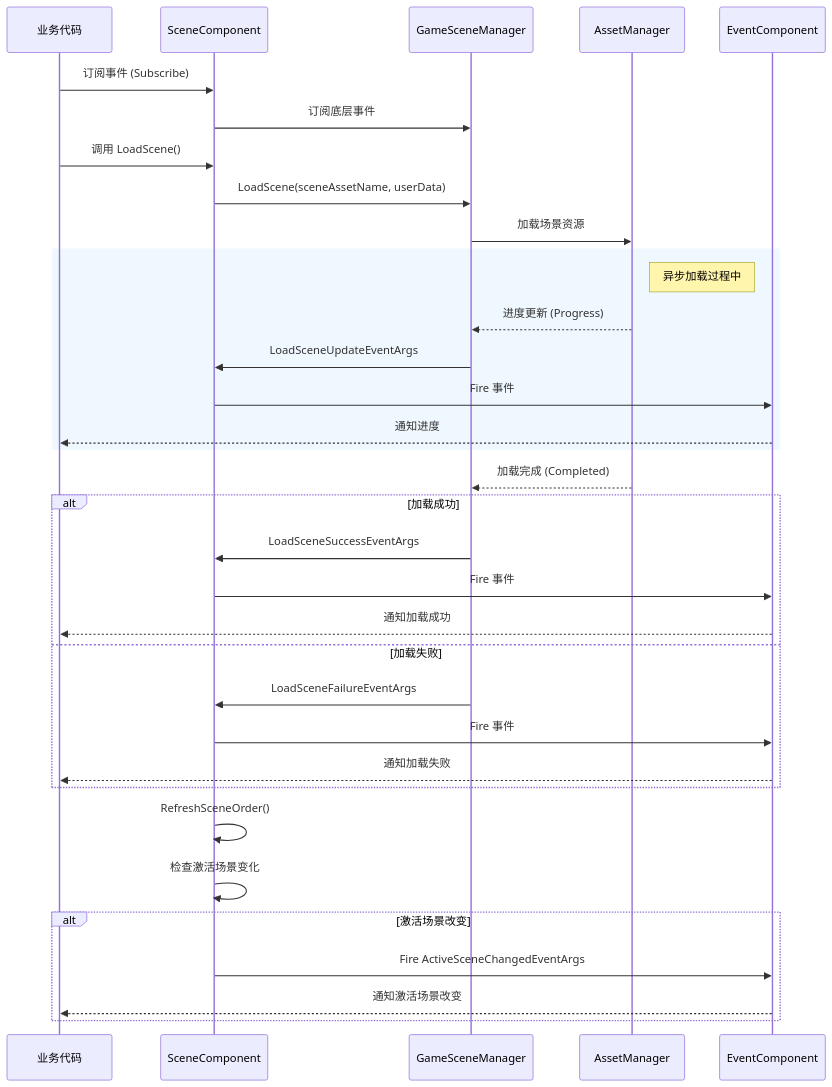
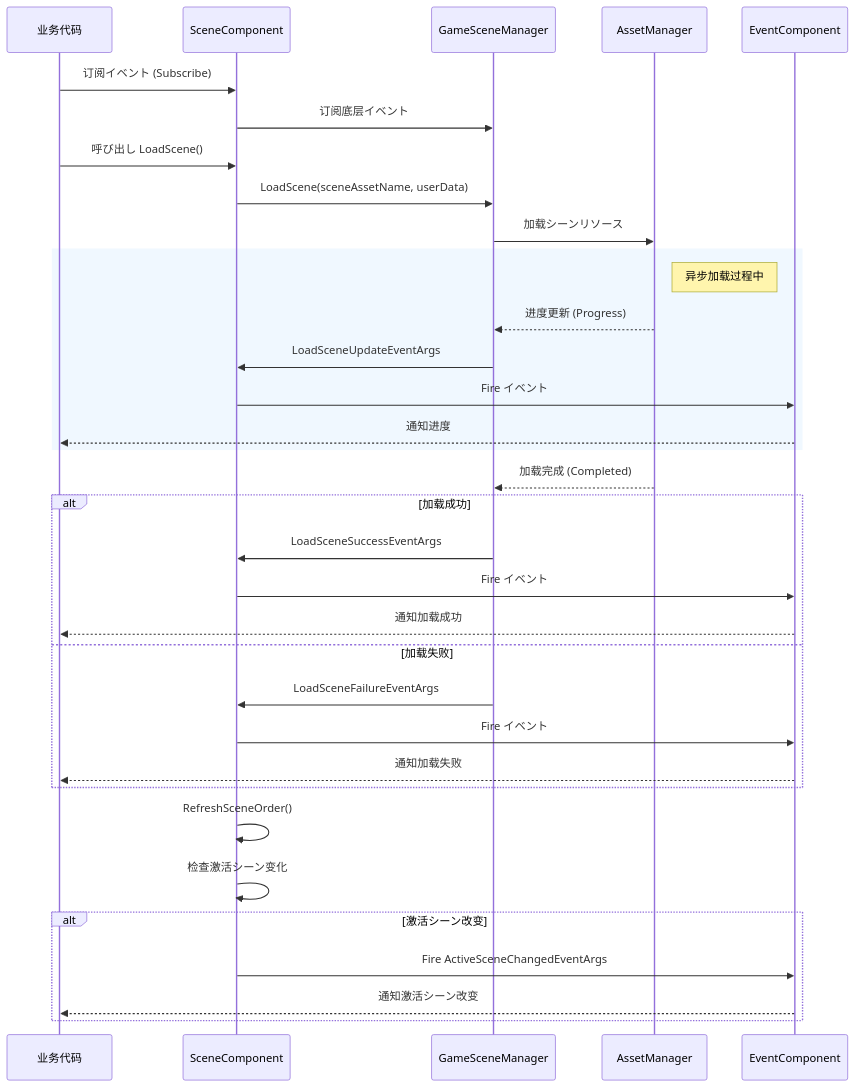
One commit to AlianBlank/GameFrameX.Docs changed the second of 3 diagrams in docs/ja/client/unity/component/scene/05.events.md. Above: the diagram before and after it, drawn with Mermaid. The commit also changed other lines of this file and 603 other files, not shown here.

````diff
--- a/docs/ja/client/unity/component/scene/05.events.md
+++ b/docs/ja/client/unity/component/scene/05.events.md
@@ -65,40 +65,40 @@
 ```mermaid
 sequenceDiagram
     participant B as 业务代码
     participant SC as SceneComponent
     participant GM as GameSceneManager
     participant AM as AssetManager
     participant EC as EventComponent
 
-    B->>SC: 订阅事件 (Subscribe)
-    SC->>GM: 订阅底层事件
-    B->>SC: 调用 LoadScene()
+    B->>SC: 订阅イベント (Subscribe)
+    SC->>GM: 订阅底层イベント
+    B->>SC: 呼び出し LoadScene()
     SC->>GM: LoadScene(sceneAssetName, userData)
-    GM->>AM: 加载场景资源
+    GM->>AM: 加载シーンリソース
     
     rect rgb(240, 248, 255)
         note right of AM: 异步加载过程中
         AM-->>GM: 进度更新 (Progress)
         GM->>SC: LoadSceneUpdateEventArgs
-        SC->>EC: Fire 事件
+        SC->>EC: Fire イベント
         EC-->>B: 通知进度
     end
     
     AM-->>GM: 加载完成 (Completed)
     alt 加载成功
         GM->>SC: LoadSceneSuccessEventArgs
-        SC->>EC: Fire 事件
+        SC->>EC: Fire イベント
         EC-->>B: 通知加载成功
     else 加载失败
         GM->>SC: LoadSceneFailureEventArgs
-        SC->>EC: Fire 事件
+        SC->>EC: Fire イベント
         EC-->>B: 通知加载失败
     end
     
     SC->>SC: RefreshSceneOrder()
-    SC->>SC: 检查激活场景变化
-    alt 激活场景改变
+    SC->>SC: 检查激活シーン变化
+    alt 激活シーン改变
         SC->>EC: Fire ActiveSceneChangedEventArgs
-        EC-->>B: 通知激活场景改变
+        EC-->>B: 通知激活シーン改变
     end
 ```
````
